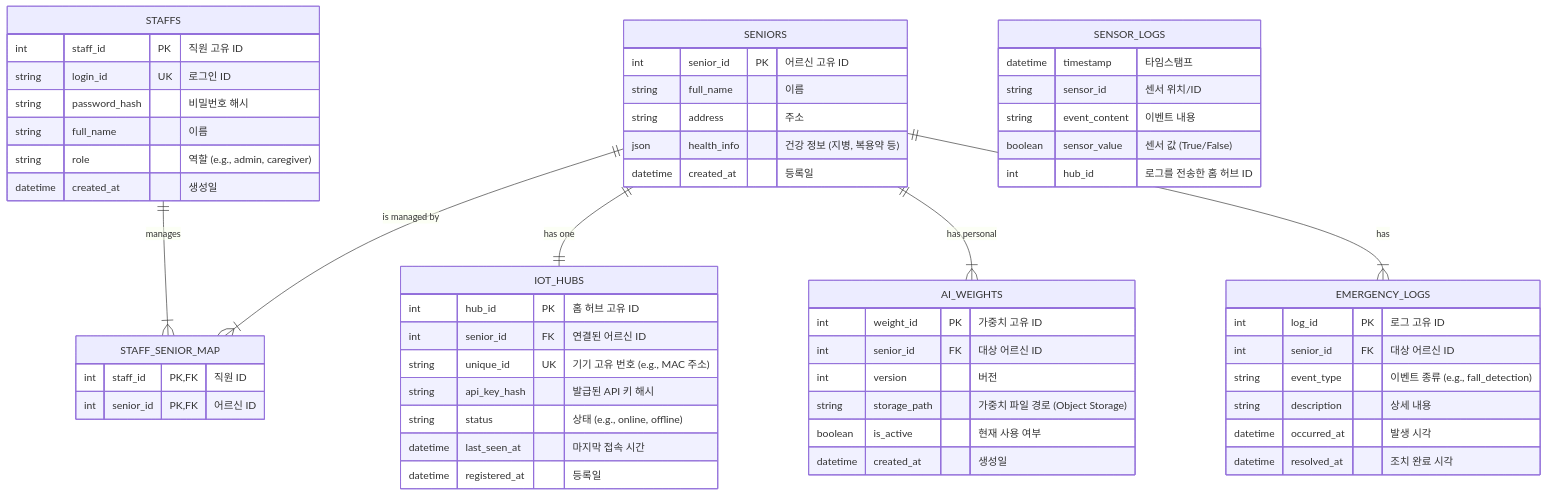
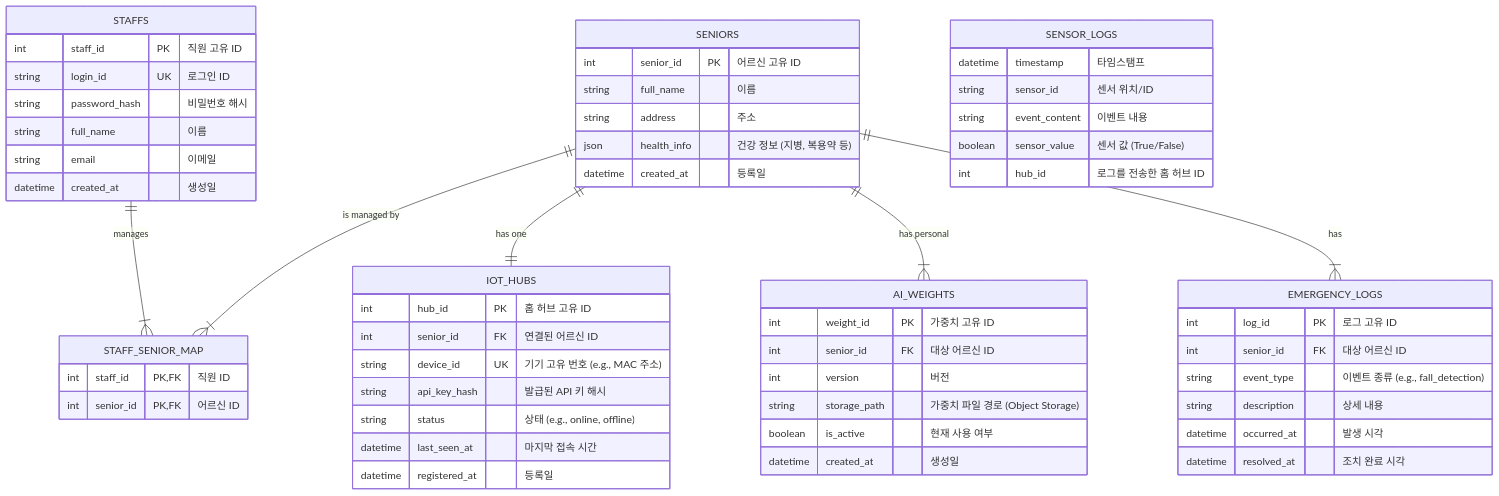
One commit to jiminh03/SST changed the fourth of 4 diagrams in BackEnd/design/프로젝트 문서/백엔드 기능 명세.md. Above: the diagram before and after it, drawn with Mermaid. The commit also changed 25 other files, not shown here.

````diff
--- a/BackEnd/design/프로젝트 문서/백엔드 기능 명세.md
+++ b/BackEnd/design/프로젝트 문서/백엔드 기능 명세.md
@@ -136,74 +136,74 @@
 ```mermaid
 erDiagram
     %% --- Entities Definition ---
 
     STAFFS {
         int staff_id PK "직원 고유 ID"
         string login_id UK "로그인 ID"
         string password_hash "비밀번호 해시"
         string full_name "이름"
-        string role "역할 (e.g., admin, caregiver)"
+        string email "이메일"
         datetime created_at "생성일"
     }
 
     SENIORS {
         int senior_id PK "어르신 고유 ID"
         string full_name "이름"
         string address "주소"
         json health_info "건강 정보 (지병, 복용약 등)"
         datetime created_at "등록일"
     }
 
     STAFF_SENIOR_MAP {
         int staff_id PK, FK "직원 ID"
         int senior_id PK, FK "어르신 ID"
     }
 
     IOT_HUBS {
         int hub_id PK "홈 허브 고유 ID"
         int senior_id FK "연결된 어르신 ID"
-        string unique_id UK "기기 고유 번호 (e.g., MAC 주소)"
+        string device_id UK "기기 고유 번호 (e.g., MAC 주소)"
         string api_key_hash "발급된 API 키 해시"
         string status "상태 (e.g., online, offline)"
         datetime last_seen_at "마지막 접속 시간"
         datetime registered_at "등록일"
     }
 
     AI_WEIGHTS {
         int weight_id PK "가중치 고유 ID"
         int senior_id FK "대상 어르신 ID"
         int version "버전"
         string storage_path "가중치 파일 경로 (Object Storage)"
         boolean is_active "현재 사용 여부"
         datetime created_at "생성일"
     }
 
     EMERGENCY_LOGS {
         int log_id PK "로그 고유 ID"
         int senior_id FK "대상 어르신 ID"
         string event_type "이벤트 종류 (e.g., fall_detection)"
         string description "상세 내용"
         datetime occurred_at "발생 시각"
         datetime resolved_at "조치 완료 시각"
     }
 
     %% --- Time-Series Data (Logical Representation) ---
     %% 시계열 데이터(센서 로그)는 별도의 Time-Series DB(e.g., TimescaleDB)에 저장됩니다.
     %% 아래는 개념적 표현이며, 실제 테이블은 관계형 DB에 존재하지 않습니다.
     SENSOR_LOGS {
         datetime timestamp "타임스탬프"
         string sensor_id "센서 위치/ID"
         string event_content "이벤트 내용"
         boolean sensor_value "센서 값 (True/False)"
         int hub_id "로그를 전송한 홈 허브 ID"
     }
 
     %% --- Relationships Definition ---
 
     STAFFS ||--|{ STAFF_SENIOR_MAP : "manages"
     SENIORS ||--|{ STAFF_SENIOR_MAP : "is managed by"
 
     SENIORS ||--|| IOT_HUBS : "has one"
     SENIORS ||--|{ AI_WEIGHTS : "has personal"
     SENIORS ||--|{ EMERGENCY_LOGS : "has"
 ```
````
